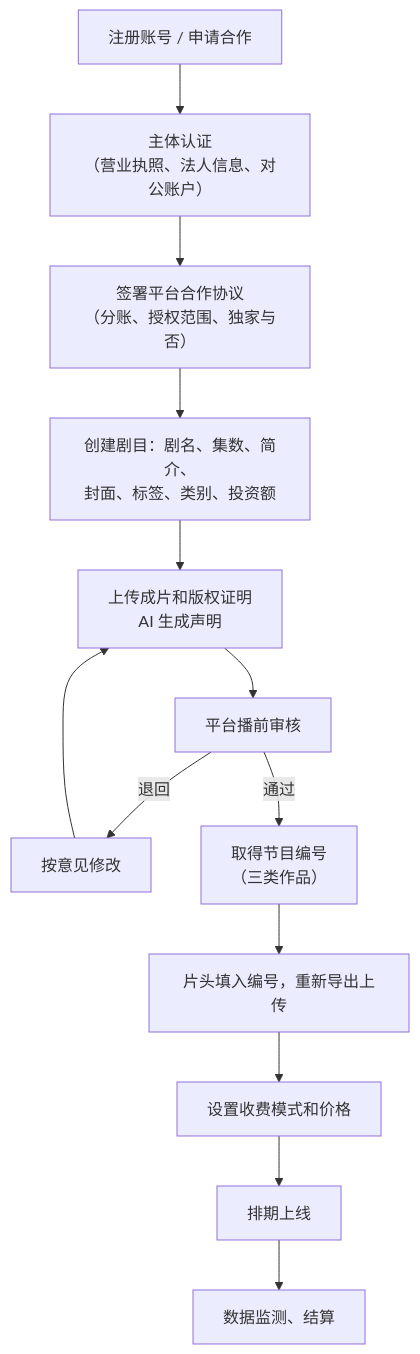
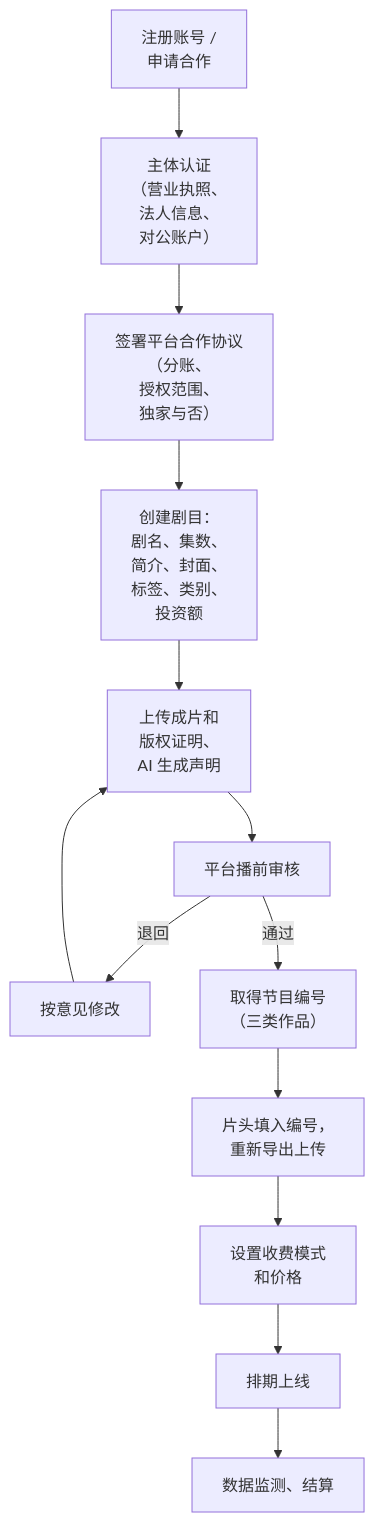
One commit to jarvis-pro/hatch-shelf changed the first of 2 diagrams in books/drama-distribution/05-platform-launch.md. Above: the diagram before and after it, drawn with Mermaid. The commit also changed other lines of this file and 432 other files, not shown here.

````diff
--- a/books/drama-distribution/05-platform-launch.md
+++ b/books/drama-distribution/05-platform-launch.md
@@ -20,15 +20,15 @@
 ```mermaid
 flowchart TD
-  A["注册账号 / 申请合作"] --> B["主体认证<br/>（营业执照、法人信息、对公账户）"]
-  B --> C["签署平台合作协议<br/>（分账、授权范围、独家与否）"]
-  C --> D["创建剧目：剧名、集数、简介、<br/>封面、标签、类别、投资额"]
-  D --> E["上传成片和版权证明<br/>AI 生成声明"]
+  A["注册账号 /<br/>申请合作"] --> B["主体认证<br/>（营业执照、<br/>法人信息、<br/>对公账户）"]
+  B --> C["签署平台合作协议<br/>（分账、<br/>授权范围、<br/>独家与否）"]
+  C --> D["创建剧目：<br/>剧名、集数、<br/>简介、封面、<br/>标签、类别、<br/>投资额"]
+  D --> E["上传成片和<br/>版权证明、<br/>AI 生成声明"]
   E --> F["平台播前审核"]
   F -- "退回" --> G["按意见修改"]
   G --> E
   F -- "通过" --> H["取得节目编号<br/>（三类作品）"]
-  H --> I["片头填入编号，重新导出上传"]
-  I --> J["设置收费模式和价格"]
+  H --> I["片头填入编号，<br/>重新导出上传"]
+  I --> J["设置收费模式<br/>和价格"]
   J --> K["排期上线"]
   K --> L["数据监测、结算"]
 ```
````
